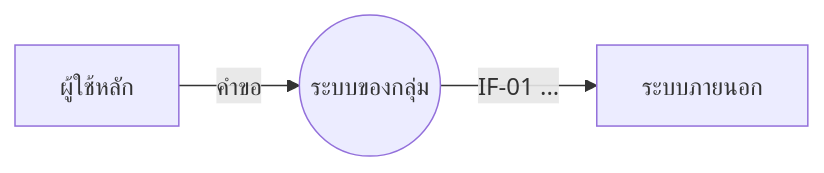
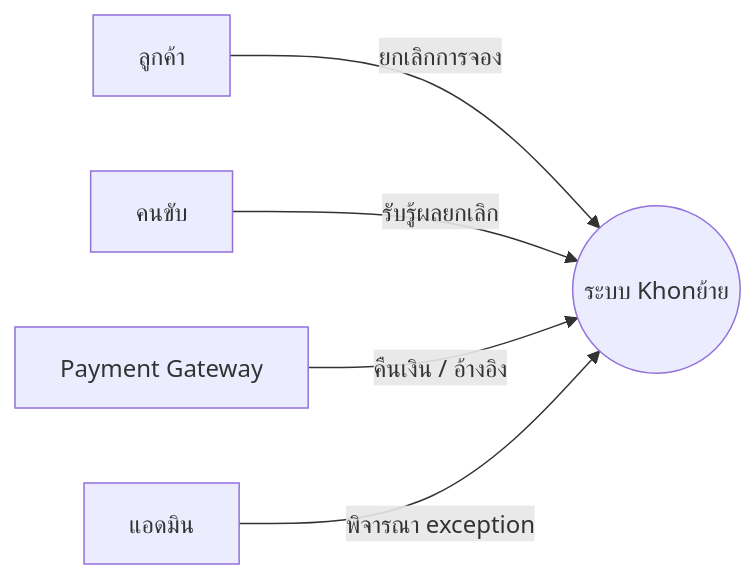
One commit to Javellolion/Khonyaai-Baan1 changed the first of 4 diagrams in specs/002-feature/models.md. Above: the diagram before and after it, drawn with Mermaid. The commit also changed other lines of this file and 17 other files, not shown here.

````diff
--- a/specs/002-feature/models.md
+++ b/specs/002-feature/models.md
@@ -9,5 +7,7 @@
 ```mermaid
 flowchart LR
-  A[ผู้ใช้หลัก] -->|คำขอ| S((ระบบของกลุ่ม))
-  S -->|IF-01 ...| X[ระบบภายนอก]
+  U[ลูกค้า] -->|ยกเลิกการจอง| S((ระบบ Khonย้าย))
+  D[คนขับ] -->|รับรู้ผลยกเลิก| S
+  P[Payment Gateway] -->|คืนเงิน / อ้างอิง| S
+  A[แอดมิน] -->|พิจารณา exception| S
 ```
````
